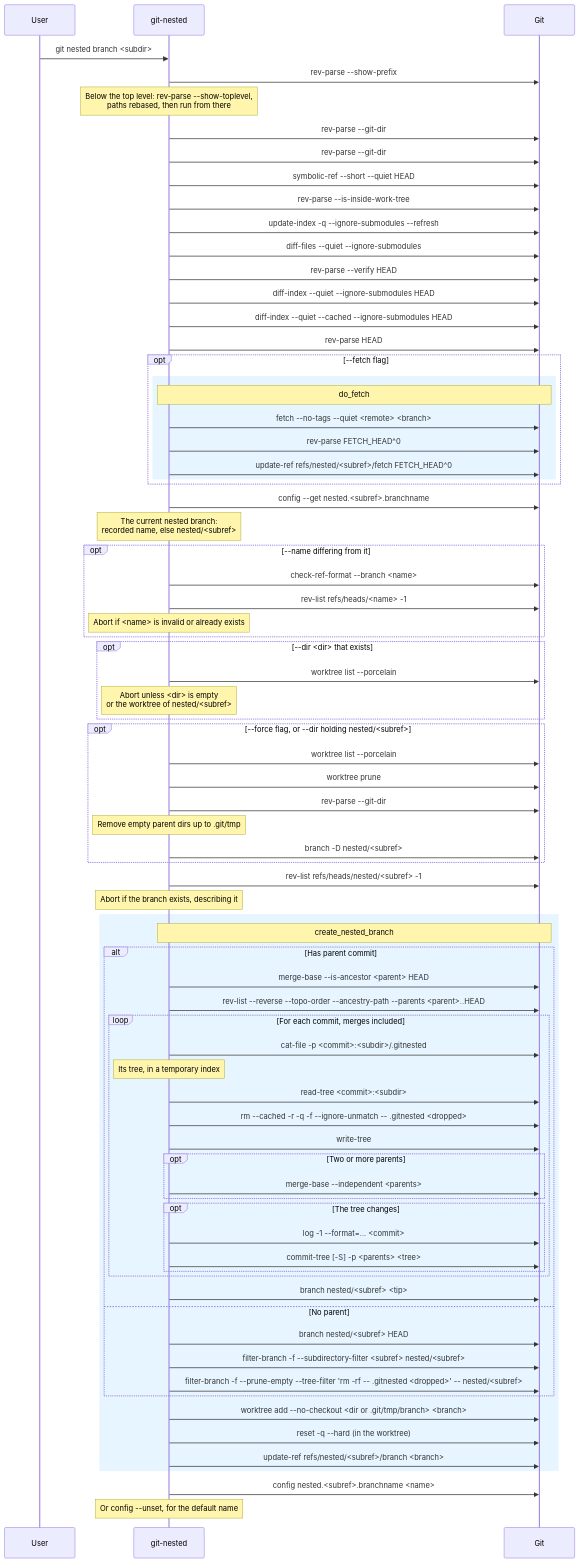
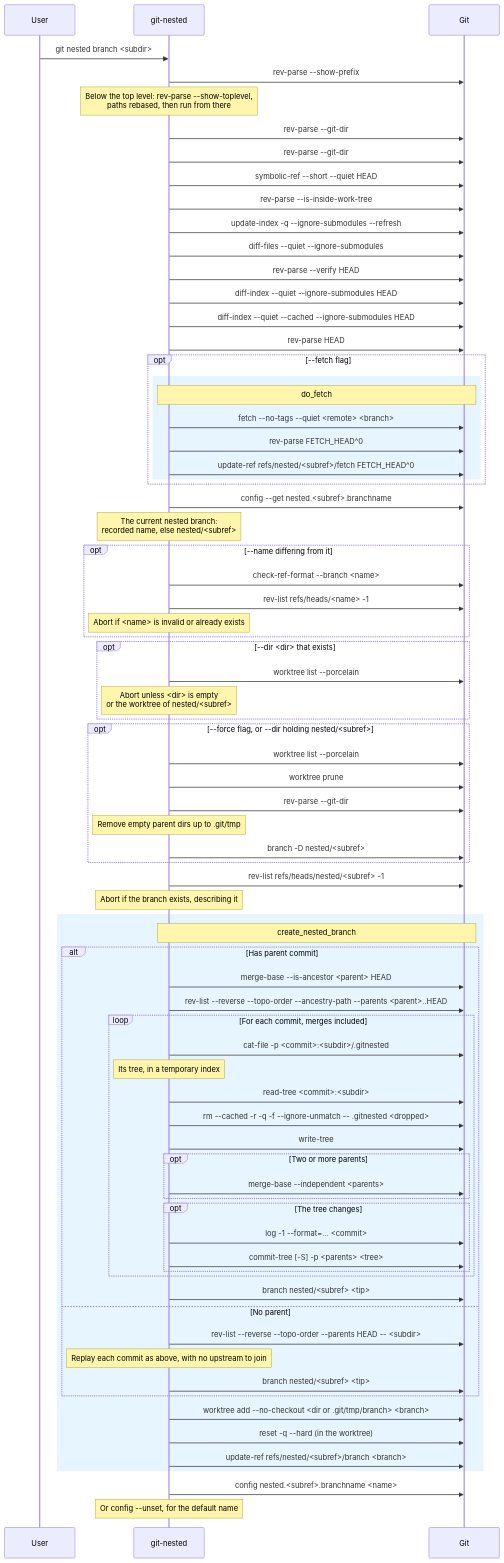
One commit to thorsten-klein/git-nested changed the sixth of 14 diagrams in docs/diagrams.md. Above: the diagram before and after it, drawn with Mermaid. The commit also changed other lines of this file and 4 other files, not shown here.

First line of the commit message:
perf: build the nested branch without `filter-branch` (#137)

```diff
--- a/docs/diagrams.md
+++ b/docs/diagrams.md
@@ -438,9 +438,9 @@
             end
             git-nested->>Git: branch nested/<subref> <tip>
         else No parent
-            git-nested->>Git: branch nested/<subref> HEAD
-            git-nested->>Git: filter-branch -f --subdirectory-filter <subref> nested/<subref>
-            git-nested->>Git: filter-branch -f --prune-empty --tree-filter 'rm -rf -- .gitnested <dropped>' -- nested/<subref>
+            git-nested->>Git: rev-list --reverse --topo-order --parents HEAD -- <subdir>
+            Note over git-nested: Replay each commit as above, with no upstream to join
+            git-nested->>Git: branch nested/<subref> <tip>
         end
 
         git-nested->>Git: worktree add --no-checkout <dir or .git/tmp/branch> <branch>
```
